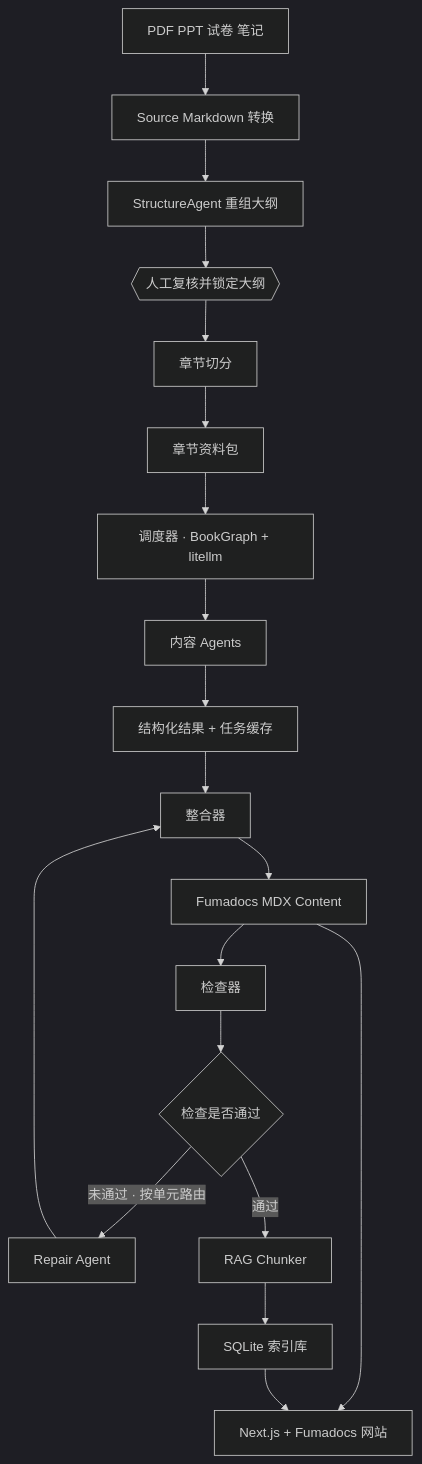
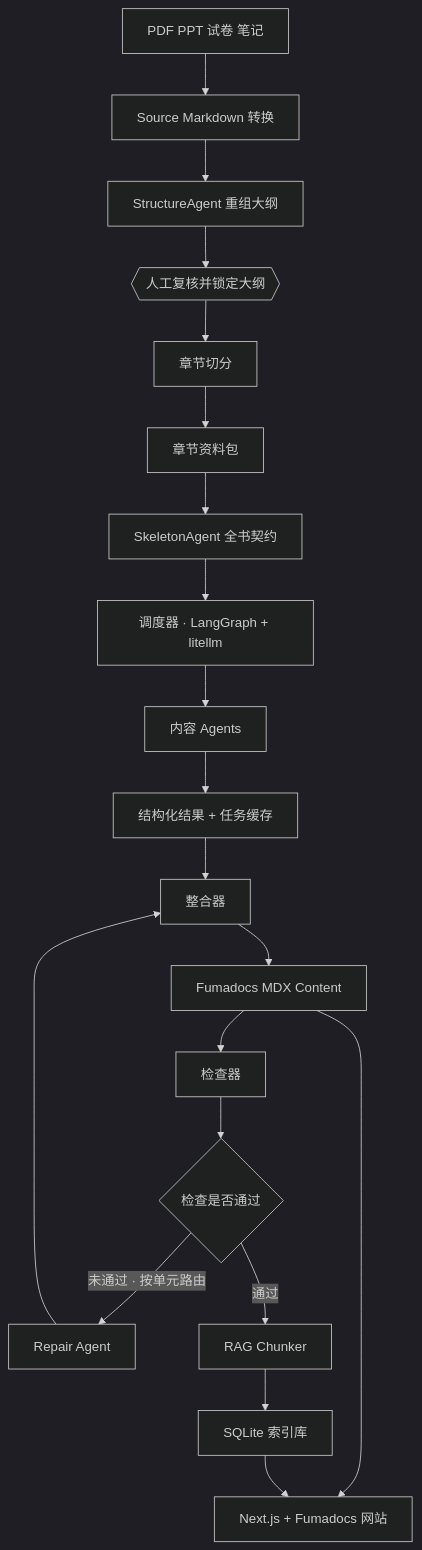
The first of 5 diagrams in design.md (pppwaw/bookwiki), drawn with Mermaid (dark theme) before and after one commit. The commit also changed other lines of this file and 5 other files, not shown here.

````diff
--- a/design.md
+++ b/design.md
@@ -52,21 +51,22 @@
 ```mermaid
 flowchart TD
     A[PDF PPT 试卷 笔记] --> B[Source Markdown 转换]
     B --> C[StructureAgent 重组大纲]
     C --> GATE{{人工复核并锁定大纲}}
     GATE --> D[章节切分]
     D --> P[章节资料包]
-    P --> SCHED[调度器 · BookGraph + litellm]
+    P --> SKEL[SkeletonAgent 全书契约]
+    SKEL --> SCHED[调度器 · LangGraph + litellm]
     SCHED --> E[内容 Agents]
     E --> F[结构化结果 + 任务缓存]
     F --> G[整合器]
     G --> H[Fumadocs MDX Content]
     H --> I[检查器]
     I --> J{检查是否通过}
     J -->|未通过 · 按单元路由| K[Repair Agent]
     K --> G
     J -->|通过| L[RAG Chunker]
     L --> M[SQLite 索引库]
     H --> N[Next.js + Fumadocs 网站]
     M --> N
 ```
````
